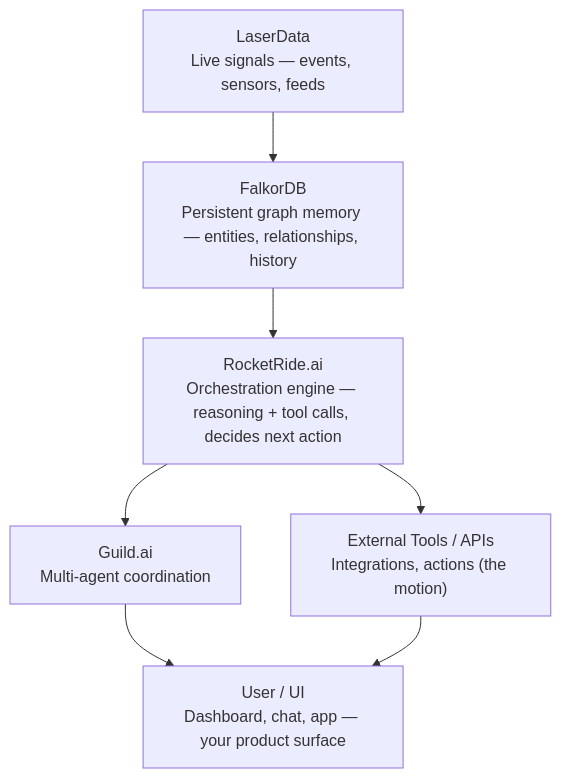
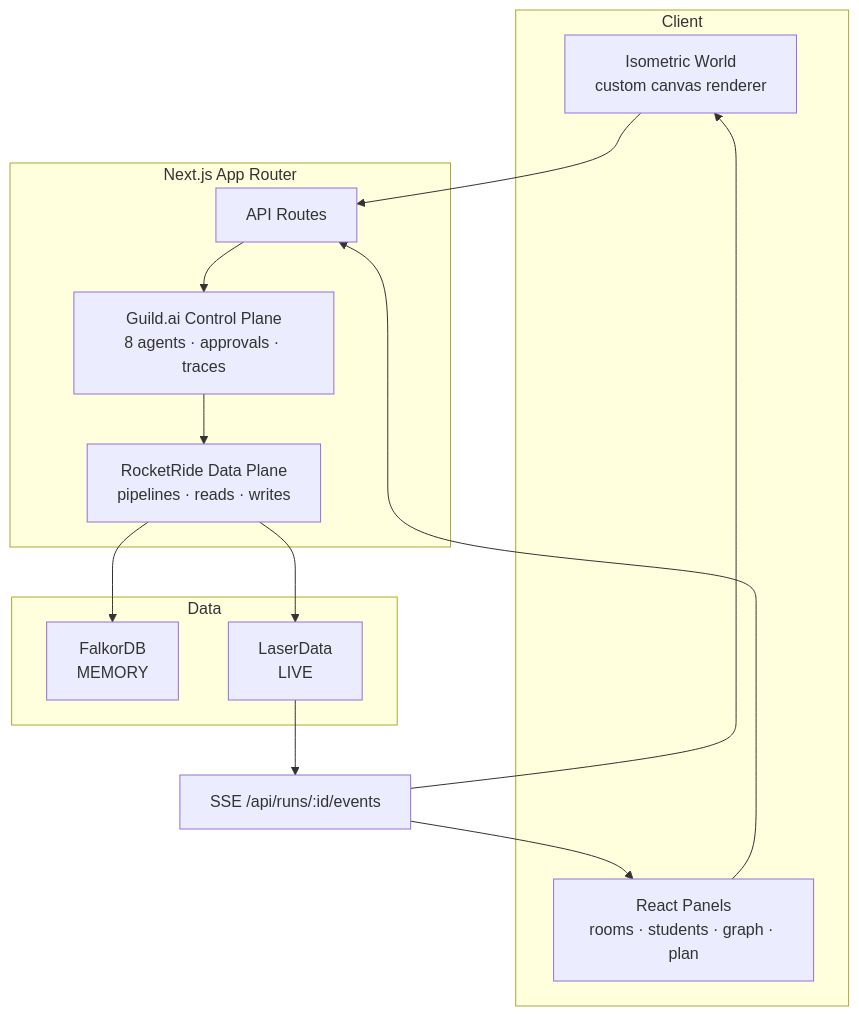
Before and after one commit to nathansso/Atrium.: the second of 2 diagrams in README.md, drawn with Mermaid. The commit also changed other lines of this file, not shown here.

Commit message:
docs: retain RocketRide and Guild architecture

````diff
--- a/README.md
+++ b/README.md
@@ -115,16 +111,28 @@
 ```mermaid
 flowchart TD
-  LASER["LaserData<br/>Live signals — events, sensors, feeds"]
-  FALKOR["FalkorDB<br/>Persistent graph memory — entities, relationships, history"]
-  ROCKET["RocketRide.ai<br/>Orchestration engine — reasoning + tool calls, decides next action"]
-  GUILD["Guild.ai<br/>Multi-agent coordination"]
-  TOOLS["External Tools / APIs<br/>Integrations, actions (the motion)"]
-  UI["User / UI<br/>Dashboard, chat, app — your product surface"]
+  subgraph Client
+    UI["Isometric World<br/>custom canvas renderer"]
+    PANELS["React Panels<br/>rooms · students · graph · plan"]
+  end
 
-  LASER --> FALKOR
-  FALKOR --> ROCKET
-  ROCKET --> GUILD
-  ROCKET --> TOOLS
-  GUILD --> UI
-  TOOLS --> UI
+  subgraph Server["Next.js App Router"]
+    API["API Routes"]
+    GUILDCP["Guild.ai Control Plane<br/>8 agents · approvals · traces"]
+    ROCKETCP["RocketRide Data Plane<br/>pipelines · reads · writes"]
+  end
+
+  subgraph Data
+    FALKOR["FalkorDB<br/>MEMORY"]
+    LASER["LaserData<br/>LIVE"]
+  end
+
+  UI --> API
+  PANELS --> API
+  API --> GUILDCP
+  GUILDCP --> ROCKETCP
+  ROCKETCP --> FALKOR
+  ROCKETCP --> LASER
+  LASER --> SSE["SSE /api/runs/:id/events"]
+  SSE --> UI
+  SSE --> PANELS
 ```
````
